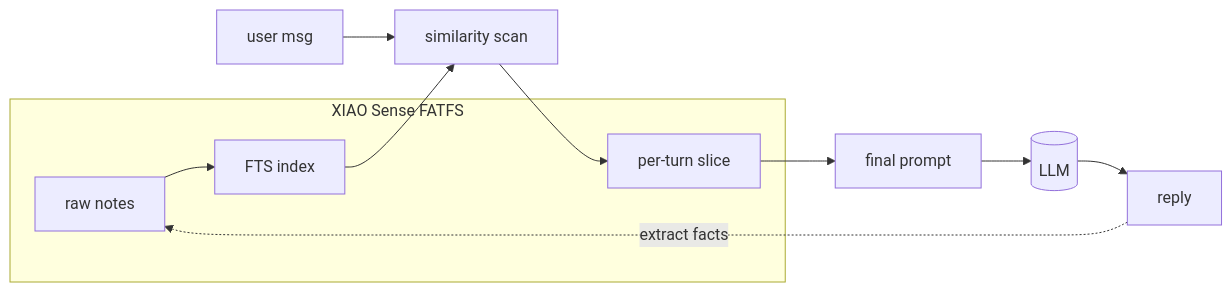
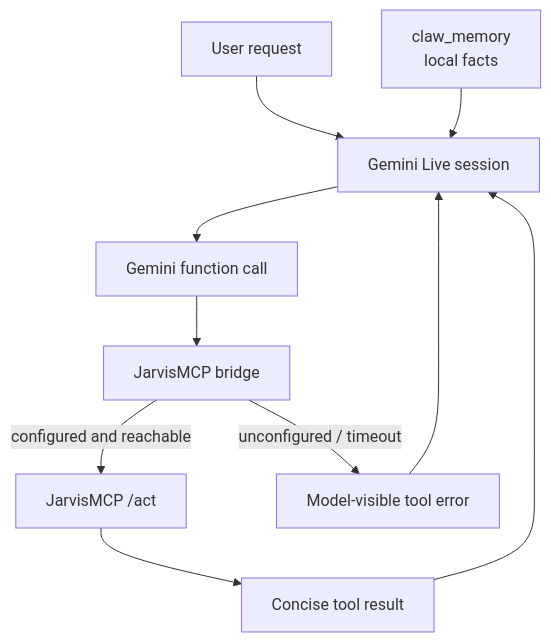
One commit to PascalAI2024/JarvisNano changed the fifth of 6 diagrams in docs/ARCHITECTURE.md. Above: the diagram before and after it, drawn with Mermaid. The commit also changed other lines of this file and 21 other files, not shown here.

````diff
--- a/docs/ARCHITECTURE.md
+++ b/docs/ARCHITECTURE.md
@@ -186,13 +203,21 @@
 ```mermaid
-flowchart LR
-    subgraph OnDevice[XIAO Sense FATFS]
-        RAW[raw notes]
-        IDX[FTS index]
-        CTX[per-turn slice]
-    end
-    USR[user msg] --> SCAN[similarity scan] --> CTX
-    RAW --> IDX --> SCAN
-    CTX --> PROMPT[final prompt] --> LLM[(LLM)]
-    LLM --> REPLY[reply]
-    REPLY -.->|extract facts| RAW
+flowchart TB
+    User[User request]
+    Gemini[Gemini Live session]
+    Memory[claw_memory<br/>local facts]
+    ToolCall[Gemini function call]
+    Bridge[JarvisMCP bridge]
+    MCP[JarvisMCP /act]
+    Result[Concise tool result]
+    Failure[Model-visible tool error]
+
+    User --> Gemini
+    Memory --> Gemini
+    Gemini --> ToolCall
+    ToolCall --> Bridge
+    Bridge -->|configured and reachable| MCP
+    MCP --> Result
+    Bridge -->|unconfigured / timeout| Failure
+    Result --> Gemini
+    Failure --> Gemini
 ```
````
